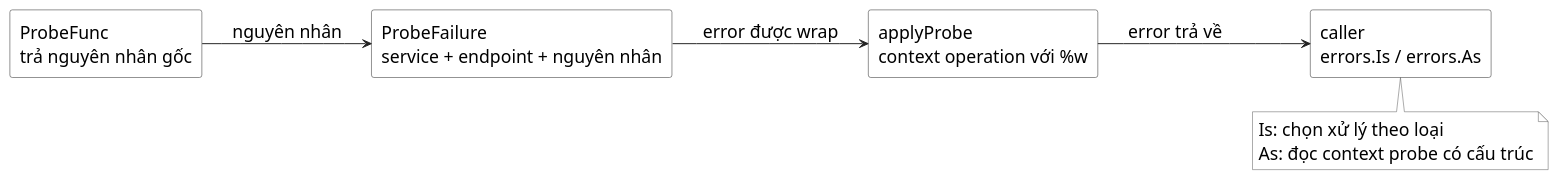
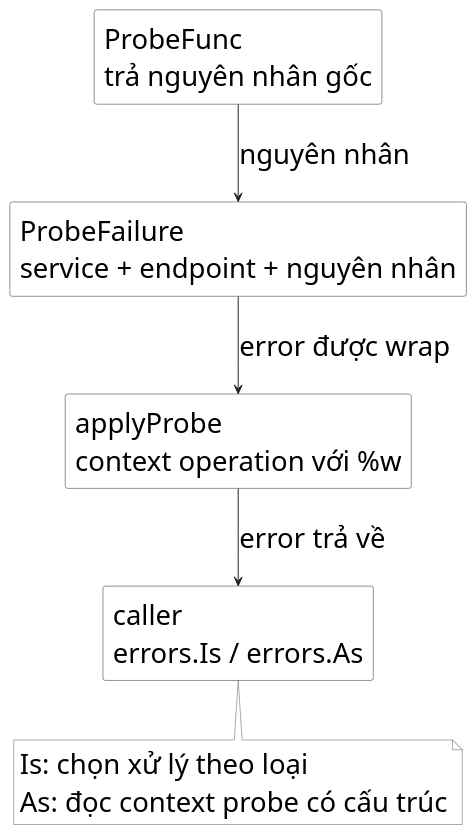
The diagram in assets/diagrams/error-boundary-trace.puml (Minhlike/Golang), drawn with PlantUML before and after one commit. The commit also changed 5 other files, not shown here.

```diff
--- a/assets/diagrams/error-boundary-trace.puml
+++ b/assets/diagrams/error-boundary-trace.puml
@@ -1,31 +1,31 @@
 @startuml
 skinparam backgroundColor #FFFFFF
 skinparam defaultFontName "Source Sans 3"
-skinparam defaultFontSize 18
+skinparam defaultFontSize 28
 skinparam shadowing false
 skinparam rectangle {
   BackgroundColor #FFFFFF
   BorderColor #222222
   FontColor #000000
 }
 skinparam note {
   BackgroundColor #FFFFFF
   BorderColor #555555
   FontColor #000000
 }
 skinparam ArrowColor #222222
-left to right direction
+top to bottom direction
 
 rectangle "ProbeFunc\ntrả nguyên nhân gốc" as run
 rectangle "ProbeFailure\nservice + endpoint + nguyên nhân" as failure
 rectangle "applyProbe\ncontext operation với %w" as boundary
 rectangle "caller\nerrors.Is / errors.As" as caller
 
-run --> failure : nguyên nhân
-failure --> boundary : error được wrap
-boundary --> caller : error trả về
+run -down-> failure : nguyên nhân
+failure -down-> boundary : error được wrap
+boundary -down-> caller : error trả về
 note bottom of caller
 Is: chọn xử lý theo loại
 As: đọc context probe có cấu trúc
 end note
 @enduml
```
